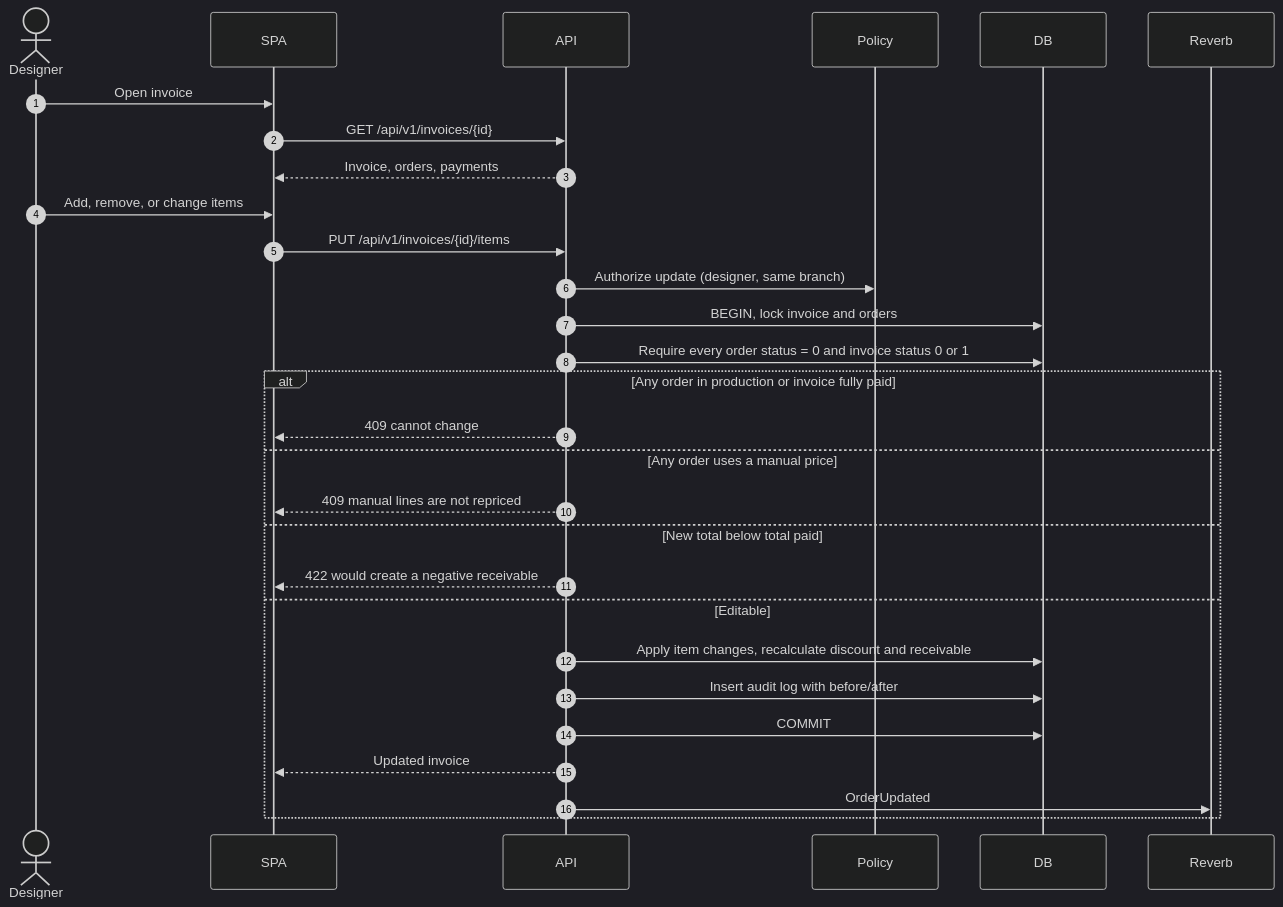
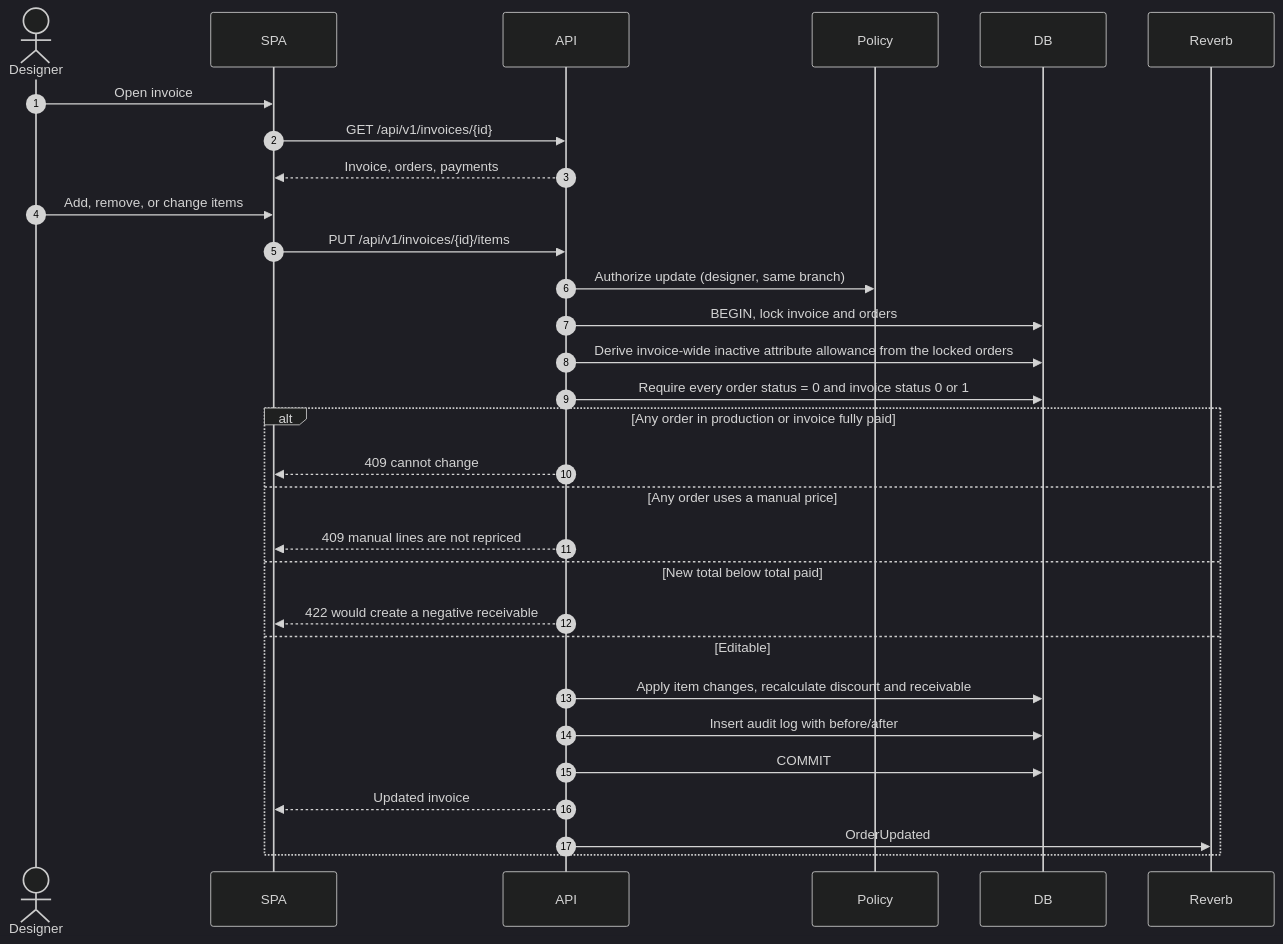
Before and after one commit to Arukast/pos_alja: the sixth of 27 diagrams in docs/architecture/sequence-diagrams.md, drawn with Mermaid (dark theme). The commit also changed other lines of this file and 7 other files, not shown here.

````diff
--- a/docs/architecture/sequence-diagrams.md
+++ b/docs/architecture/sequence-diagrams.md
@@ -157,32 +157,33 @@
 ```mermaid
 sequenceDiagram
     autonumber
     actor D as Designer
     participant SPA
     participant API
     participant Policy
     participant DB
     participant R as Reverb
 
     D->>SPA: Open invoice
     SPA->>API: GET /api/v1/invoices/{id}
     API-->>SPA: Invoice, orders, payments
     D->>SPA: Add, remove, or change items
     SPA->>API: PUT /api/v1/invoices/{id}/items
     API->>Policy: Authorize update (designer, same branch)
     API->>DB: BEGIN, lock invoice and orders
+    API->>DB: Derive invoice-wide inactive attribute allowance from the locked orders
     API->>DB: Require every order status = 0 and invoice status 0 or 1
     alt Any order in production or invoice fully paid
         API-->>SPA: 409 cannot change
     else Any order uses a manual price
         API-->>SPA: 409 manual lines are not repriced
     else New total below total paid
         API-->>SPA: 422 would create a negative receivable
     else Editable
         API->>DB: Apply item changes, recalculate discount and receivable
         API->>DB: Insert audit log with before/after
         API->>DB: COMMIT
         API-->>SPA: Updated invoice
         API->>R: OrderUpdated
     end
 ```
````
